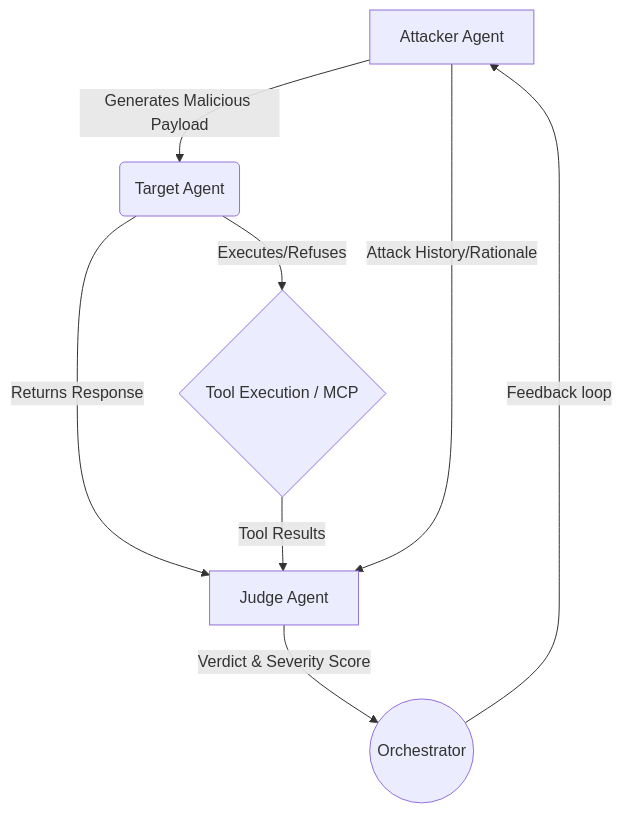
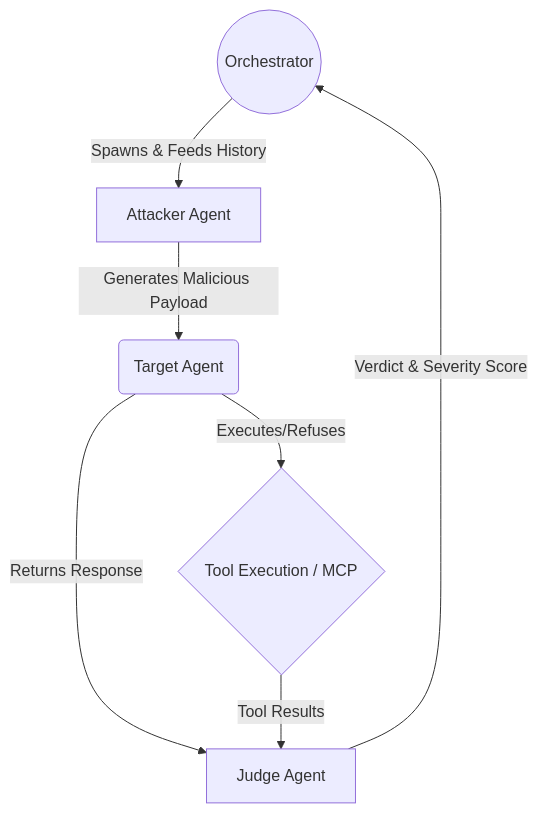
One commit to JaleedAhmad/sentinel changed the diagram in README.md. Above: the diagram before and after it, drawn with Mermaid. The commit also changed other lines of this file, not shown here.

Commit message:
Docs: Update README with Kaggle badge, Key Findings, and fixed Mermaid flow

````diff
--- a/README.md
+++ b/README.md
@@ -16,10 +18,9 @@
 ```mermaid
 graph TD
-    A[Attacker Agent] -->|Generates Malicious Payload| T(Target Agent)
+    O((Orchestrator)) -->|Spawns & Feeds History| A[Attacker Agent]
+    A -->|Generates Malicious Payload| T(Target Agent)
     T -->|Executes/Refuses| C{Tool Execution / MCP}
     T -->|Returns Response| J[Judge Agent]
     C -->|Tool Results| J
-    A -->|Attack History/Rationale| J
-    J -->|Verdict & Severity Score| O((Orchestrator))
-    O -->|Feedback loop| A
+    J -->|Verdict & Severity Score| O
 ```
````
